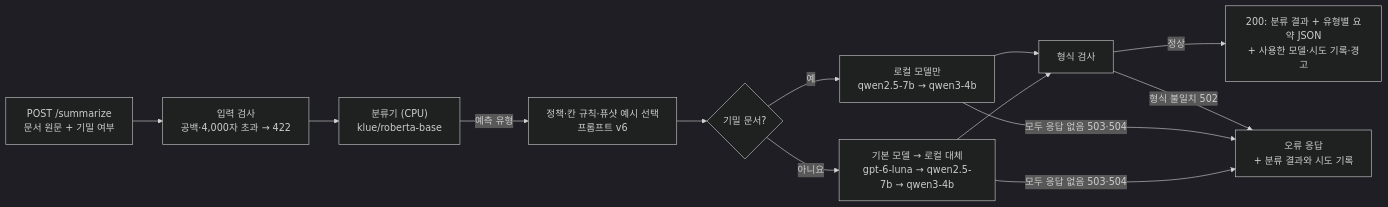
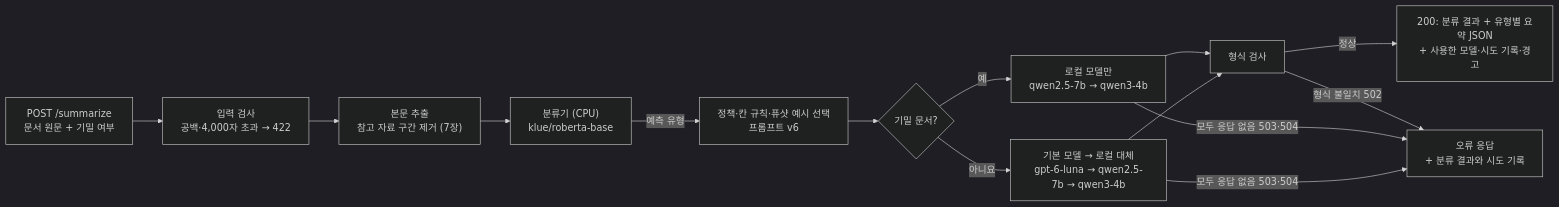
One commit to AI3526/doc-classifier-summarizer-chain changed the diagram in reports/model_selection_report.md. Above: the diagram before and after it, drawn with Mermaid (dark theme). The commit also changed other lines of this file and 54 other files, not shown here.

````diff
--- a/reports/model_selection_report.md
+++ b/reports/model_selection_report.md
@@ -230,15 +231,16 @@
 ```mermaid
 flowchart LR
     A["POST /summarize<br/>문서 원문 + 기밀 여부"] --> B["입력 검사<br/>공백·4,000자 초과 → 422"]
-    B --> C["분류기 (CPU)<br/>klue/roberta-base"]
+    B --> P["본문 추출<br/>참고 자료 구간 제거 (7장)"]
+    P --> C["분류기 (CPU)<br/>klue/roberta-base"]
     C -->|예측 유형| D["정책·칸 규칙·퓨샷 예시 선택<br/>프롬프트 v6"]
     D --> R{"기밀 문서?"}
     R -->|예| L["로컬 모델만<br/>qwen2.5-7b → qwen3-4b"]
     R -->|아니요| N["기본 모델 → 로컬 대체<br/>gpt-6-luna → qwen2.5-7b → qwen3-4b"]
     L --> F["형식 검사"]
     N --> F
     F -->|정상| G["200: 분류 결과 + 유형별 요약 JSON<br/>+ 사용한 모델·시도 기록·경고"]
     F -->|형식 불일치 502| H["오류 응답<br/>+ 분류 결과와 시도 기록"]
     L -->|모두 응답 없음 503·504| H
     N -->|모두 응답 없음 503·504| H
 ```
````
